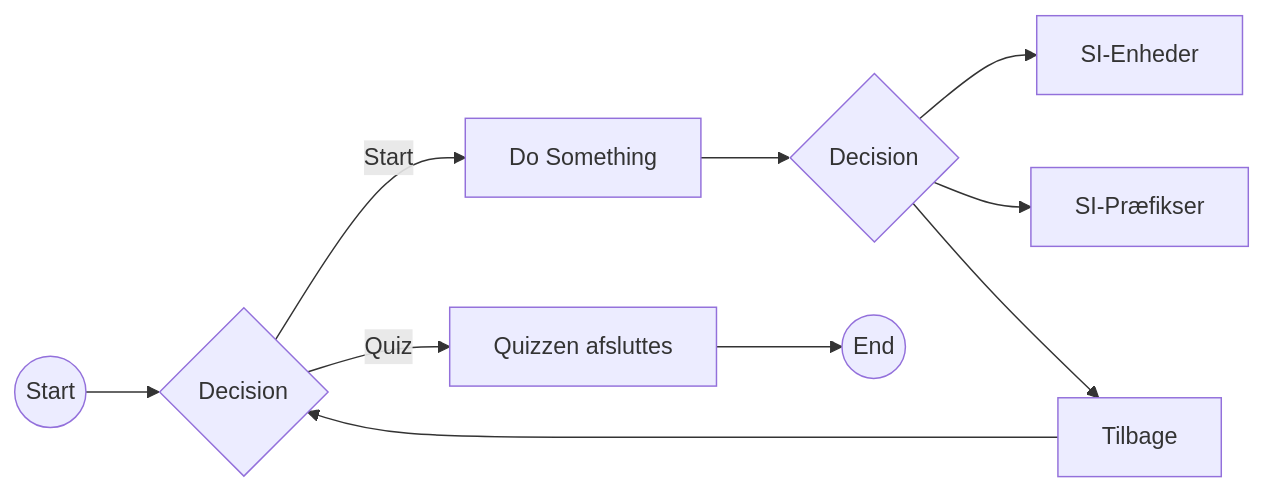
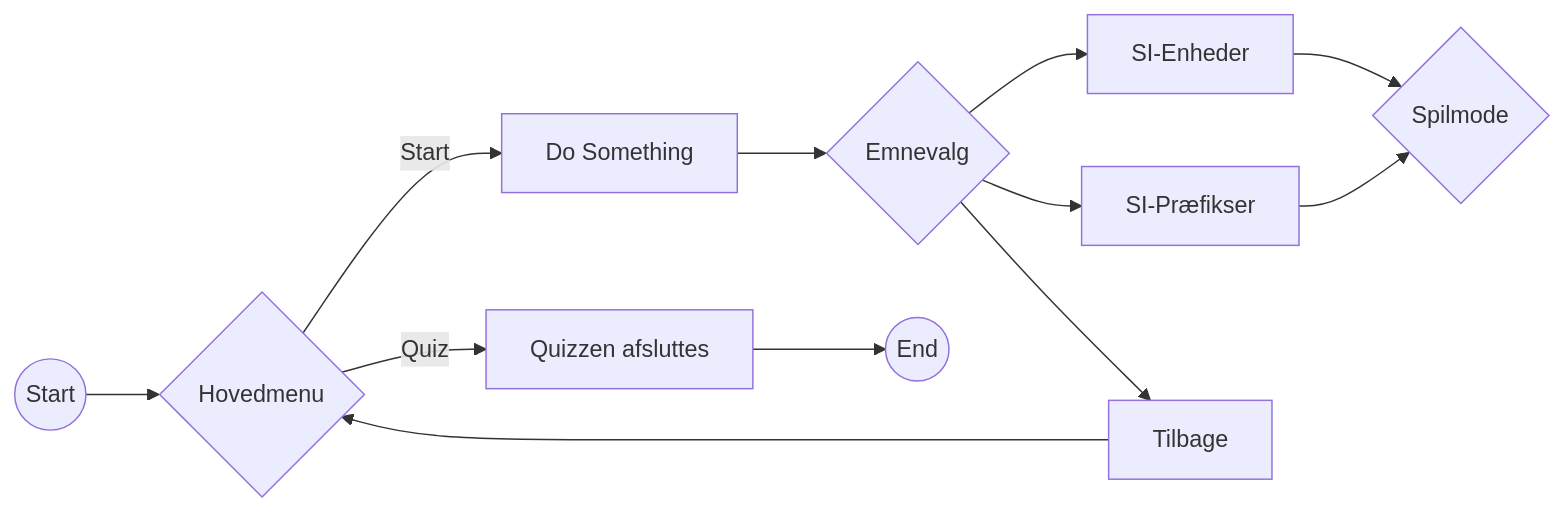
The diagram in README.md (mjdvisualz/fysik-quiz-app), drawn with Mermaid before and after one commit.

````diff
--- a/README.md
+++ b/README.md
@@ -16,13 +16,15 @@
 ```mermaid
 graph LR
-    A((Start)) --> B{Decision}
+    A((Start)) --> B{Hovedmenu}
     B -->|Start| C[Do Something]
     B -->|Quiz| D[Quizzen afsluttes]
-    C --> E{Decision}
+    C --> E{Emnevalg}
     D --> F((End))
     E --> G[SI-Enheder]
     E --> H[SI-Præfikser]
+    G --> J{Spilmode}
+    H --> J
     E --> I[Tilbage]
     I --> B
 
 ```
````
